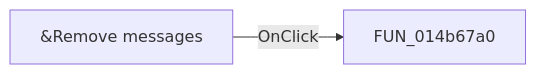
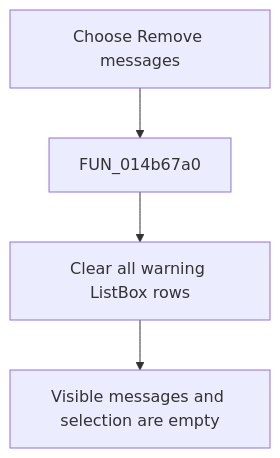
Before and after one commit to MovGP0/TIARA: the diagram in docs/ui-controls/netlistviewer/pmiremovemessages-491fce07c7.md, drawn with Mermaid. The commit also changed other lines of this file and 1062 other files, not shown here.

````diff
--- a/docs/ui-controls/netlistviewer/pmiremovemessages-491fce07c7.md
+++ b/docs/ui-controls/netlistviewer/pmiremovemessages-491fce07c7.md
@@ -27,4 +27,6 @@
 ```mermaid
-flowchart LR
-    control["&Remove messages"] -->|OnClick| handler["FUN_014b67a0"]
+flowchart TD
+    control["Choose Remove messages"] --> handler["FUN_014b67a0"]
+    handler --> clear["Clear all warning ListBox rows"]
+    clear --> result["Visible messages and selection are empty"]
 ```
````
